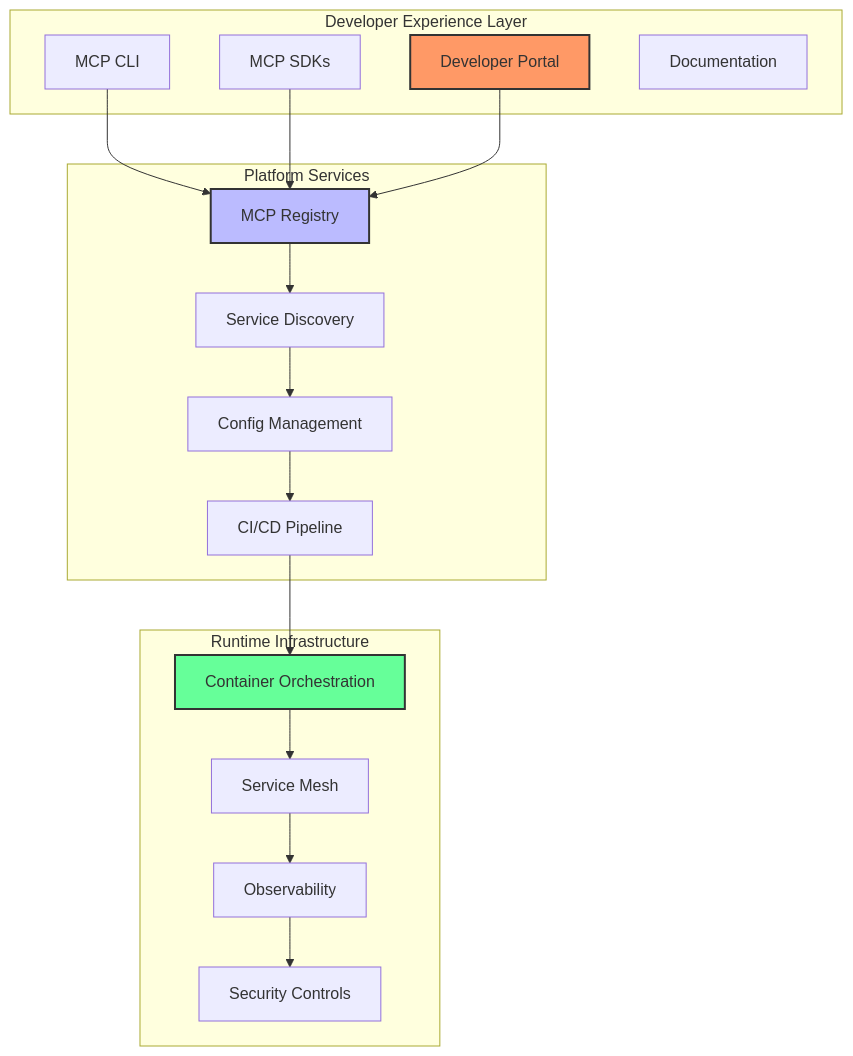
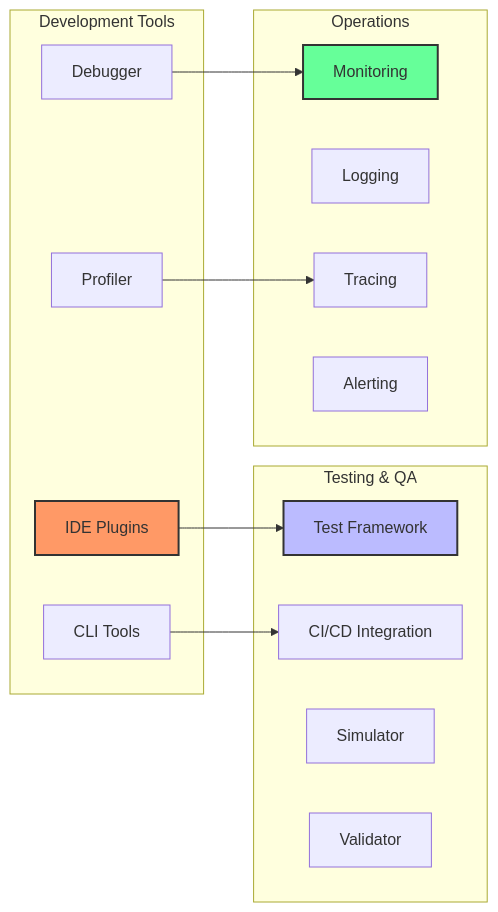
One commit to felipepimentel/my-public-notes changed the sixth of 17 diagrams in docs/AI/Comunicação/MCP/16-mcp-analise preditiva.md. Above: the diagram before and after it, drawn with Mermaid. The commit also changed other lines of this file and 11 other files, not shown here.

````diff
--- a/docs/AI/Comunicação/MCP/16-mcp-analise preditiva.md
+++ b/docs/AI/Comunicação/MCP/16-mcp-analise preditiva.md
@@ -214,40 +308,32 @@
 ```mermaid
-graph TD
-    subgraph "Developer Experience Layer"
-        CLI[MCP CLI]
-        SDK[MCP SDKs]
-        UI[Developer Portal]
-        DOC[Documentation]
+graph LR
+    subgraph "Development Tools"
+        IDE[IDE Plugins]
+        CLI[CLI Tools]
+        DBG[Debugger]
+        PRF[Profiler]
     end
     
-    subgraph "Platform Services"
-        REG[MCP Registry]
-        DISC[Service Discovery]
-        CONF[Config Management]
-        PIPE[CI/CD Pipeline]
+    subgraph "Testing & QA"
+        TST[Test Framework]
+        CIT[CI/CD Integration]
+        SIM[Simulator]
+        VAL[Validator]
     end
     
-    subgraph "Runtime Infrastructure"
-        ORC[Container Orchestration]
-        MESH[Service Mesh]
-        OBS[Observability]
-        SEC[Security Controls]
+    subgraph "Operations"
+        MON[Monitoring]
+        LOG[Logging]
+        TRC[Tracing]
+        ALT[Alerting]
     end
     
-    CLI --> REG
-    SDK --> REG
-    UI --> REG
+    IDE --> TST
+    CLI --> CIT
+    DBG --> MON
+    PRF --> TRC
     
-    REG --> DISC
-    DISC --> CONF
-    CONF --> PIPE
-    
-    PIPE --> ORC
-    ORC --> MESH
-    MESH --> OBS
-    OBS --> SEC
-    
-    style UI fill:#f96,stroke:#333,stroke-width:2px
-    style REG fill:#bbf,stroke:#333,stroke-width:2px
-    style ORC fill:#6f9,stroke:#333,stroke-width:2px
+    style IDE fill:#f96,stroke:#333,stroke-width:2px
+    style TST fill:#bbf,stroke:#333,stroke-width:2px
+    style MON fill:#6f9,stroke:#333,stroke-width:2px
 ```
````
